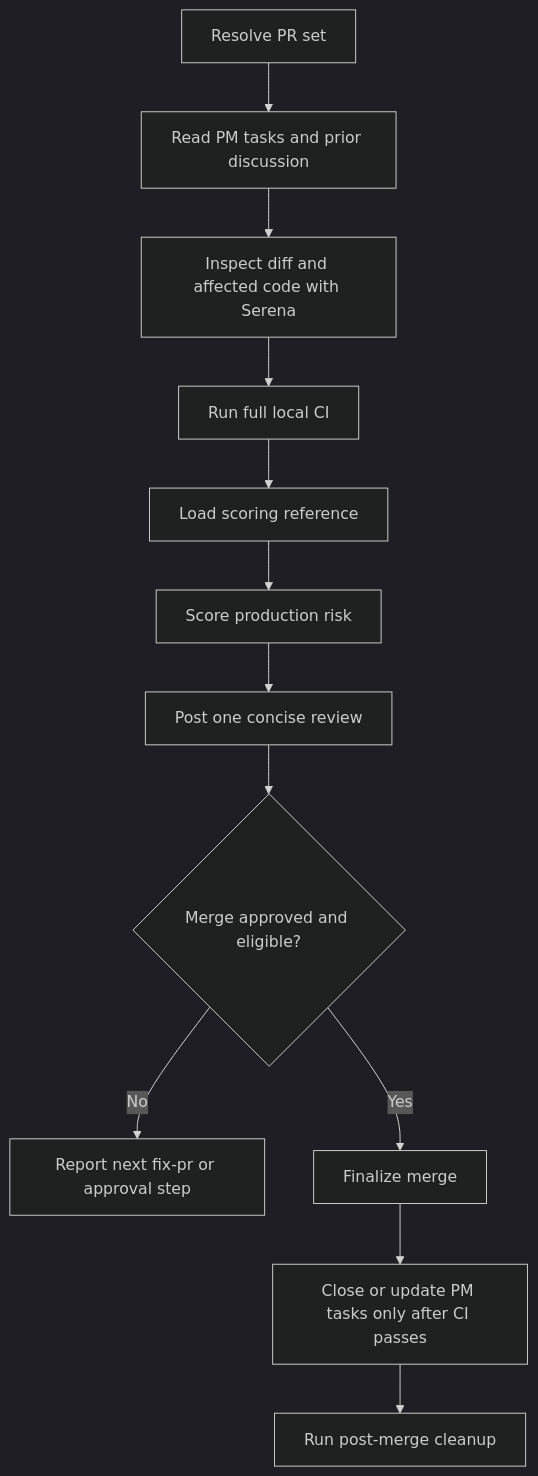
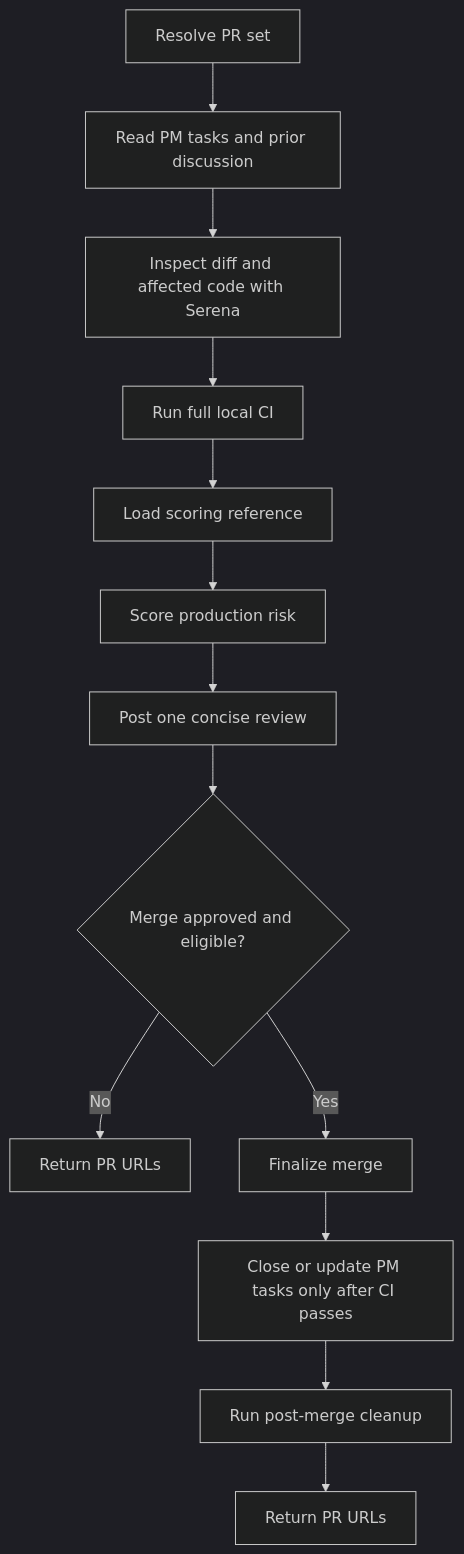
The diagram in skills/review-pr/SKILL.md (mvagnon/plan-based-agentic-workflow), drawn with Mermaid (dark theme) before and after one commit. The commit also changed other lines of this file and 9 other files, not shown here.

````diff
--- a/skills/review-pr/SKILL.md
+++ b/skills/review-pr/SKILL.md
@@ -24,14 +26,15 @@
 ```mermaid
 flowchart TD
   A[Resolve PR set] --> B[Read PM tasks and prior discussion]
   B --> C[Inspect diff and affected code with Serena]
   C --> D[Run full local CI]
   D --> E[Load scoring reference]
   E --> F[Score production risk]
   F --> L[Post one concise review]
   L --> G{Merge approved and eligible?}
-  G -->|No| H[Report next fix-pr or approval step]
+  G -->|No| H[Return PR URLs]
   G -->|Yes| I[Finalize merge]
   I --> J[Close or update PM tasks only after CI passes]
   J --> K[Run post-merge cleanup]
+  K --> M[Return PR URLs]
 ```
````
